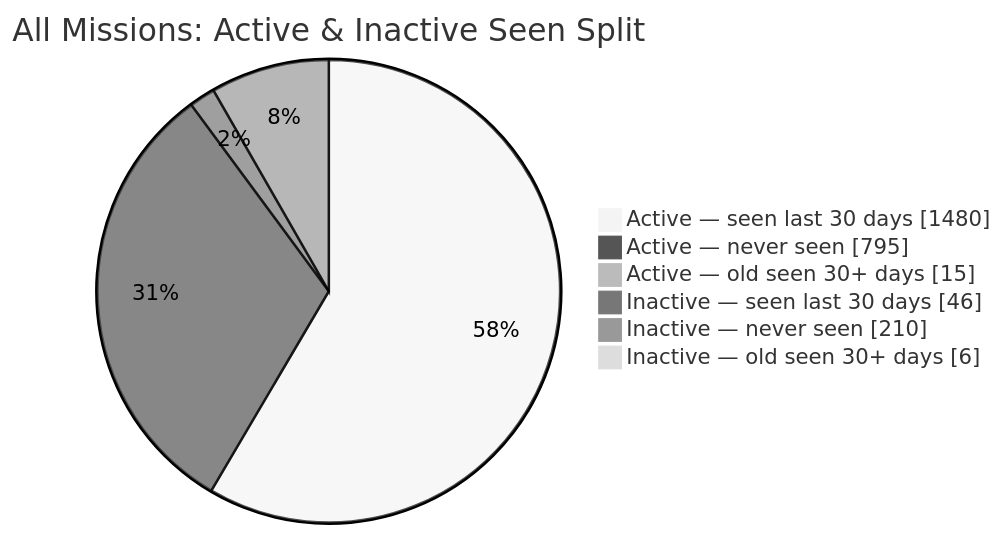
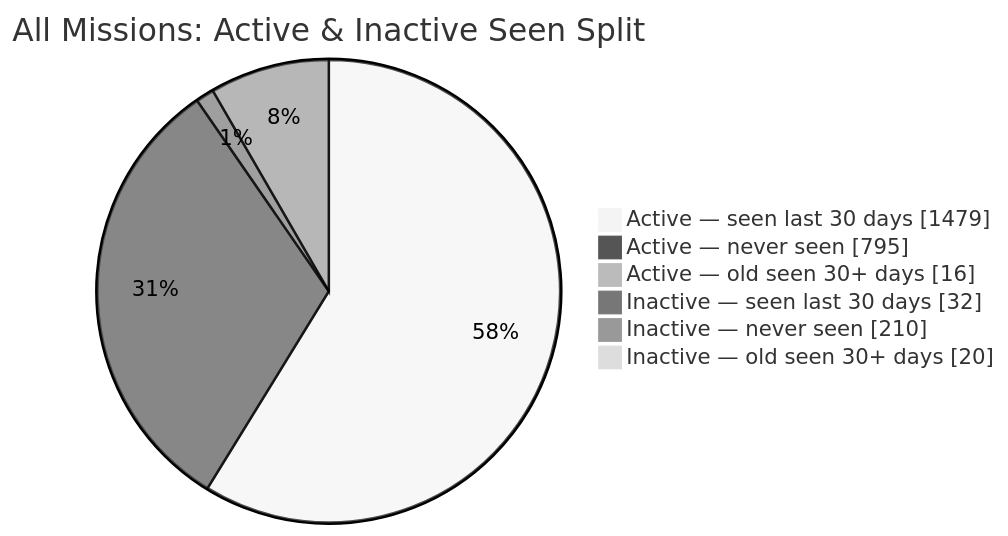
One commit to MeldkamerspelGameTeam/active-missions changed the second of 2 diagrams in README.md. Above: the diagram before and after it, drawn with Mermaid (neutral theme). The commit also changed other lines of this file and 3 other files, not shown here.

````diff
--- a/README.md
+++ b/README.md
@@ -44,10 +44,10 @@
 ```mermaid
 pie showData
     title All Missions: Active & Inactive Seen Split
-    "Active — seen last 30 days" : 1480
+    "Active — seen last 30 days" : 1479
     "Active — never seen" : 795
-    "Active — old seen 30+ days" : 15
-    "Inactive — seen last 30 days" : 46
+    "Active — old seen 30+ days" : 16
+    "Inactive — seen last 30 days" : 32
     "Inactive — never seen" : 210
-    "Inactive — old seen 30+ days" : 6
+    "Inactive — old seen 30+ days" : 20
 ```
````
